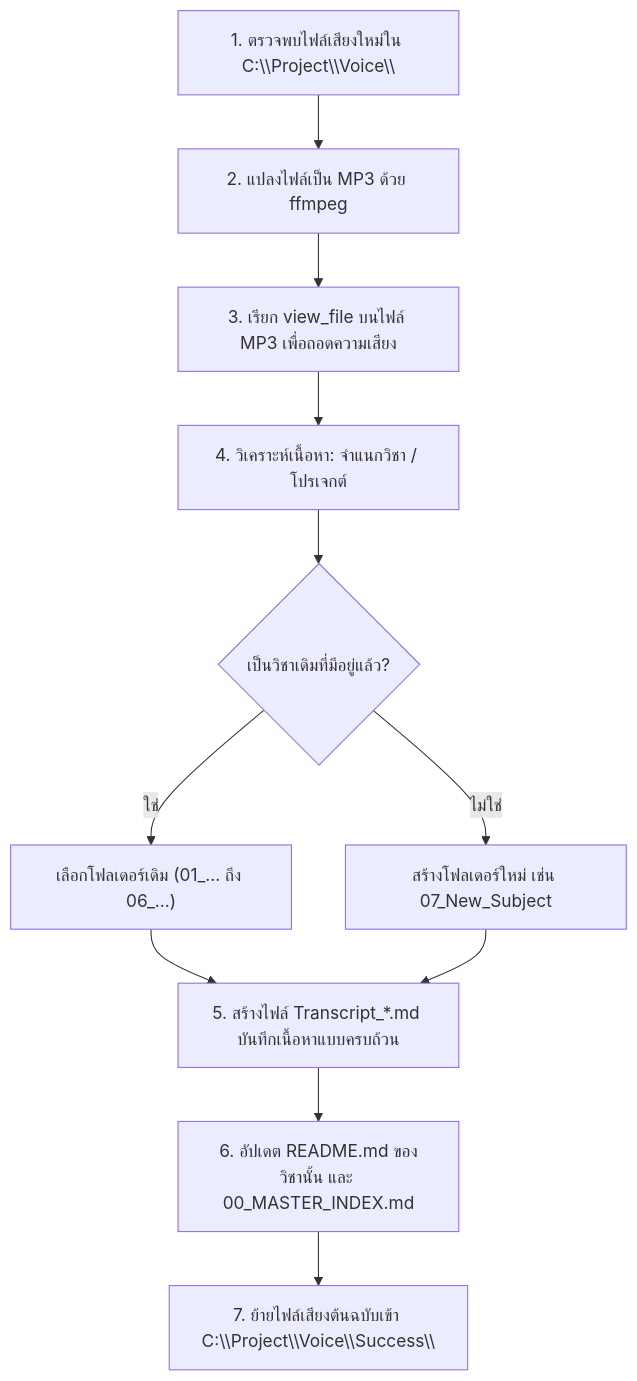
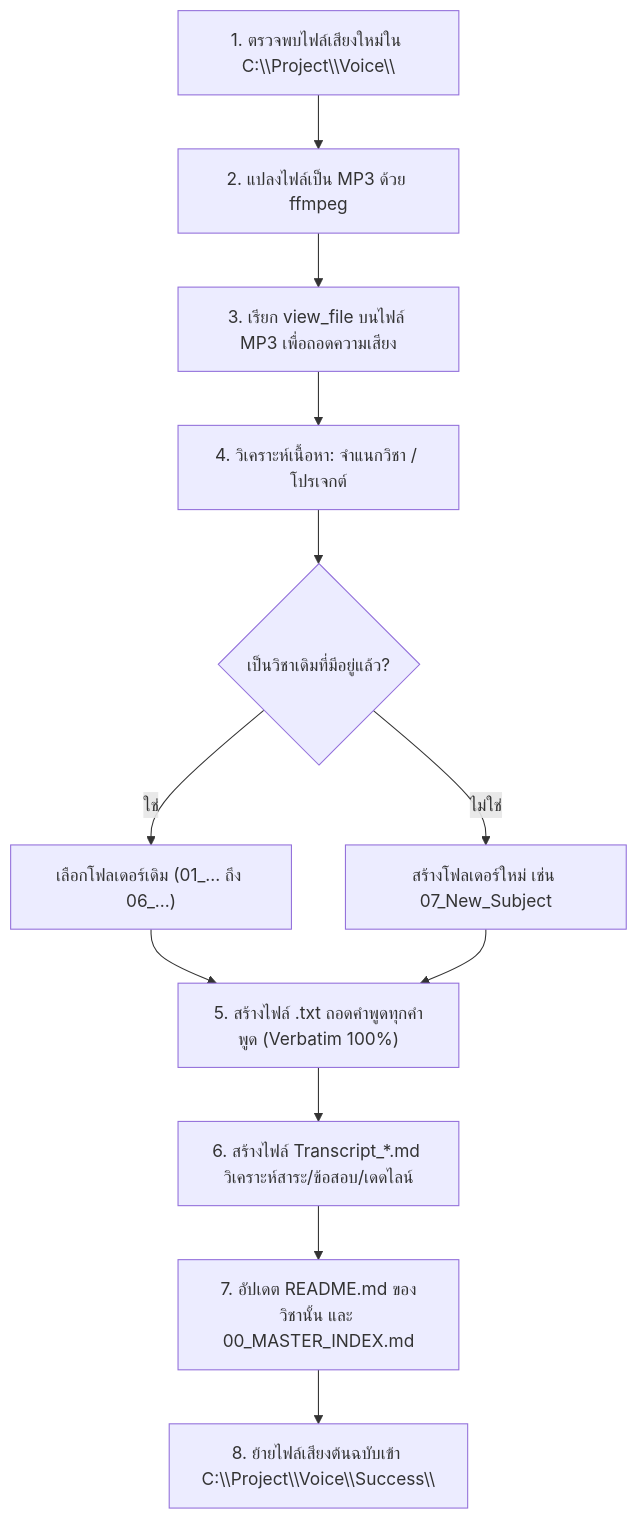
One commit to kanomoo/voice-text changed the diagram in main.md. Above: the diagram before and after it, drawn with Mermaid. The commit also changed other lines of this file and 73 other files, not shown here.

````diff
--- a/main.md
+++ b/main.md
@@ -22,13 +22,14 @@
 ```mermaid
 flowchart TD
     A["1. ตรวจพบไฟล์เสียงใหม่ใน C:\\Project\\Voice\\"] --> B["2. แปลงไฟล์เป็น MP3 ด้วย ffmpeg"]
     B --> C["3. เรียก view_file บนไฟล์ MP3 เพื่อถอดความเสียง"]
     C --> D["4. วิเคราะห์เนื้อหา: จำแนกวิชา / โปรเจกต์"]
     D --> E{"เป็นวิชาเดิมที่มีอยู่แล้ว?"}
     E -- ใช่ --> F["เลือกโฟลเดอร์เดิม (01_... ถึง 06_...)"]
     E -- ไม่ใช่ --> G["สร้างโฟลเดอร์ใหม่ เช่น 07_New_Subject"]
-    F --> H["5. สร้างไฟล์ Transcript_*.md บันทึกเนื้อหาแบบครบถ้วน"]
-    G --> H
-    H --> I["6. อัปเดต README.md ของวิชานั้น และ 00_MASTER_INDEX.md"]
-    I --> J["7. ย้ายไฟล์เสียงต้นฉบับเข้า C:\\Project\\Voice\\Success\\"]
+    F --> H1["5. สร้างไฟล์ .txt ถอดคำพูดทุกคำพูด (Verbatim 100%)"]
+    G --> H1
+    H1 --> H2["6. สร้างไฟล์ Transcript_*.md วิเคราะห์สาระ/ข้อสอบ/เดดไลน์"]
+    H2 --> I["7. อัปเดต README.md ของวิชานั้น และ 00_MASTER_INDEX.md"]
+    I --> J["8. ย้ายไฟล์เสียงต้นฉบับเข้า C:\\Project\\Voice\\Success\\"]
 ```
````
